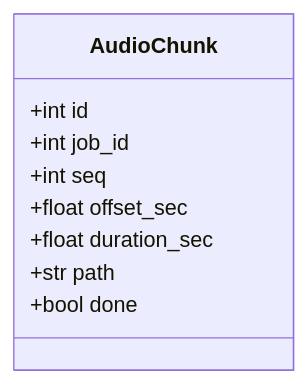
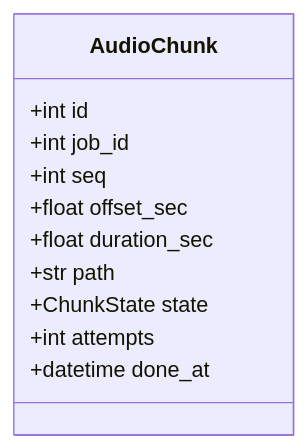
The third of 18 diagrams in docs/specs/06-DOM/VA-DOM-002.md (HoyoungParkme/video-agent), drawn with Mermaid before and after one commit. The commit also changed other lines of this file, not shown here.

````diff
--- a/docs/specs/06-DOM/VA-DOM-002.md
+++ b/docs/specs/06-DOM/VA-DOM-002.md
@@ -154,12 +244,14 @@
 ```mermaid
 classDiagram
     class AudioChunk {
         +int id
         +int job_id
         +int seq
         +float offset_sec
         +float duration_sec
         +str path
-        +bool done
+        +ChunkState state
+        +int attempts
+        +datetime done_at
     }
 ```
````
